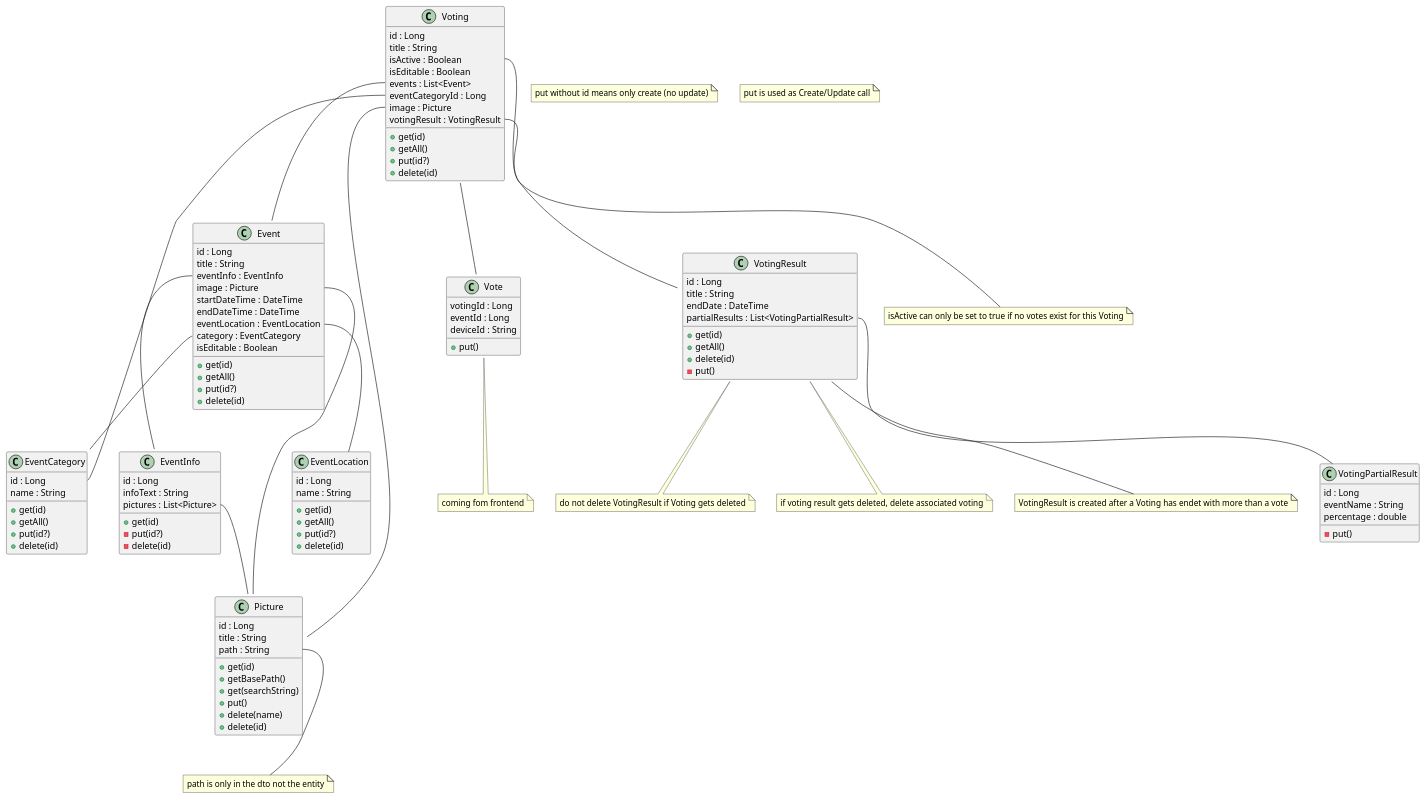
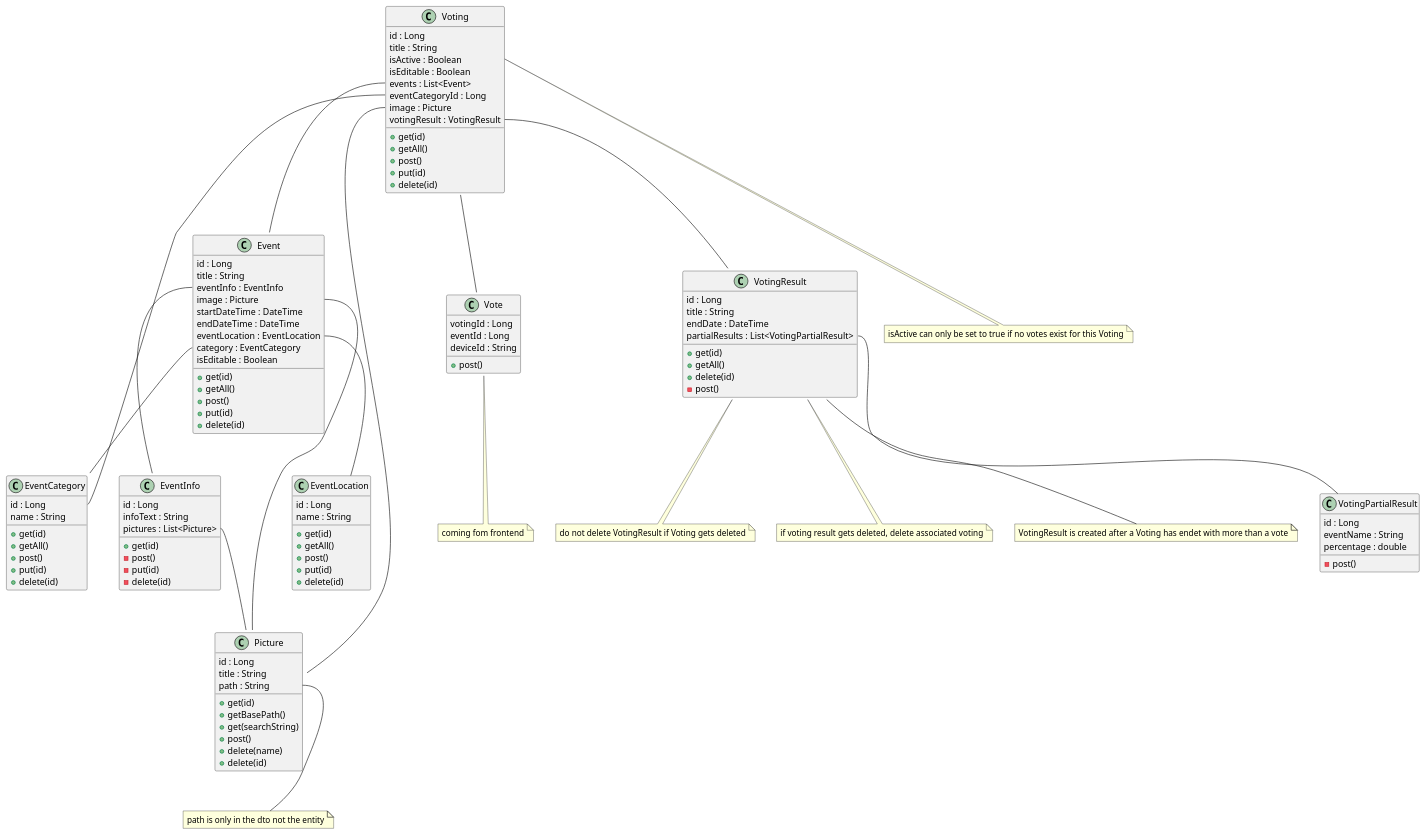
One commit to FH-Joanneum-Iron-Road-for-Children/iron-road-for-children-backend changed the diagram in architecture/class-architecture.v1.puml. Above: the diagram before and after it, drawn with PlantUML.

Commit message:
fixed create and update calls

```diff
--- a/architecture/class-architecture.v1.puml
+++ b/architecture/class-architecture.v1.puml
@@ -1,131 +1,134 @@
 @startuml
 
 class EventCategory{
     id : Long
     name : String
     + get(id)
     + getAll()
-    + put(id?)
+    + post()
+    + put(id)
     + delete(id)
 }
 
 class Event{
     id : Long
     title : String
     eventInfo : EventInfo
     image : Picture
     startDateTime : DateTime
     endDateTime : DateTime
     eventLocation : EventLocation
     category : EventCategory
     isEditable : Boolean
     + get(id)
     + getAll()
-    + put(id?)
+    + post()
+    + put(id)
     + delete(id)
 }
 
 class EventInfo{
     id : Long
     infoText : String
     pictures : List<Picture>
     + get(id)
-    - put(id?)
+    - post()
+    - put(id)
     - delete(id)
 }
 
 class Picture{
     id : Long
     title : String
     path : String
     + get(id)
     + getBasePath()
     + get(searchString)
-    + put()
+    + post()
     + delete(name)
     + delete(id)
 
 }
 
 class EventLocation{
     id : Long
     name : String
     + get(id)
     + getAll()
-    + put(id?)
+    + post()
+    + put(id)
     + delete(id)
 }
 
 class Vote{
     votingId : Long
     eventId : Long
     deviceId : String
-    + put()
+    + post()
 }
 
 class Voting{
     id : Long
     title : String
     isActive : Boolean
     isEditable : Boolean
     events : List<Event>
     eventCategoryId : Long
     image : Picture
     votingResult : VotingResult
     + get(id)
     + getAll()
-    + put(id?)
+    + post()
+    + put(id)
     + delete(id)
 }
 
 class VotingResult {
     id : Long
     title : String
     endDate : DateTime
     partialResults : List<VotingPartialResult>
     + get(id)
     +getAll()
     +delete(id)
-    -put()
+    - post()
 }
 
 class VotingPartialResult {
     id : Long
     eventName : String
     percentage : double
-    - put()
+    - post()
 }
 
-note "put without id means only create (no update)" as N8
 note "do not delete VotingResult if Voting gets deleted" as N7
 note "if voting result gets deleted, delete associated voting" as N6
 note "path is only in the dto not the entity" as N5
 note "isActive can only be set to true if no votes exist for this Voting" as N4
 note "VotingResult is created after a Voting has endet with more than a vote" as N3
-note "put is used as Create/Update call" as N2
 note "coming fom frontend" as N1
 
 Event::image -- Picture
 Event::eventLocation -- EventLocation
 Event::category -- EventCategory
 Event::eventInfo -- EventInfo
 EventInfo::pictures -- Picture
 Vote::userId -- N1
 Voting::eventCategoryId -- EventCategory::id
 Voting::votingId -- Vote
 Voting::isActive -- N4
 Voting::events -- Event
 Voting::image -- Picture
 Voting::votingResult -- VotingResult
 Picture::path -- N5
 VotingResult::partialResults -- VotingPartialResult
 VotingResult -- N3
 VotingResult -- N6
 VotingResult -- N7
 
 
 
 
 
 
 @enduml
```
